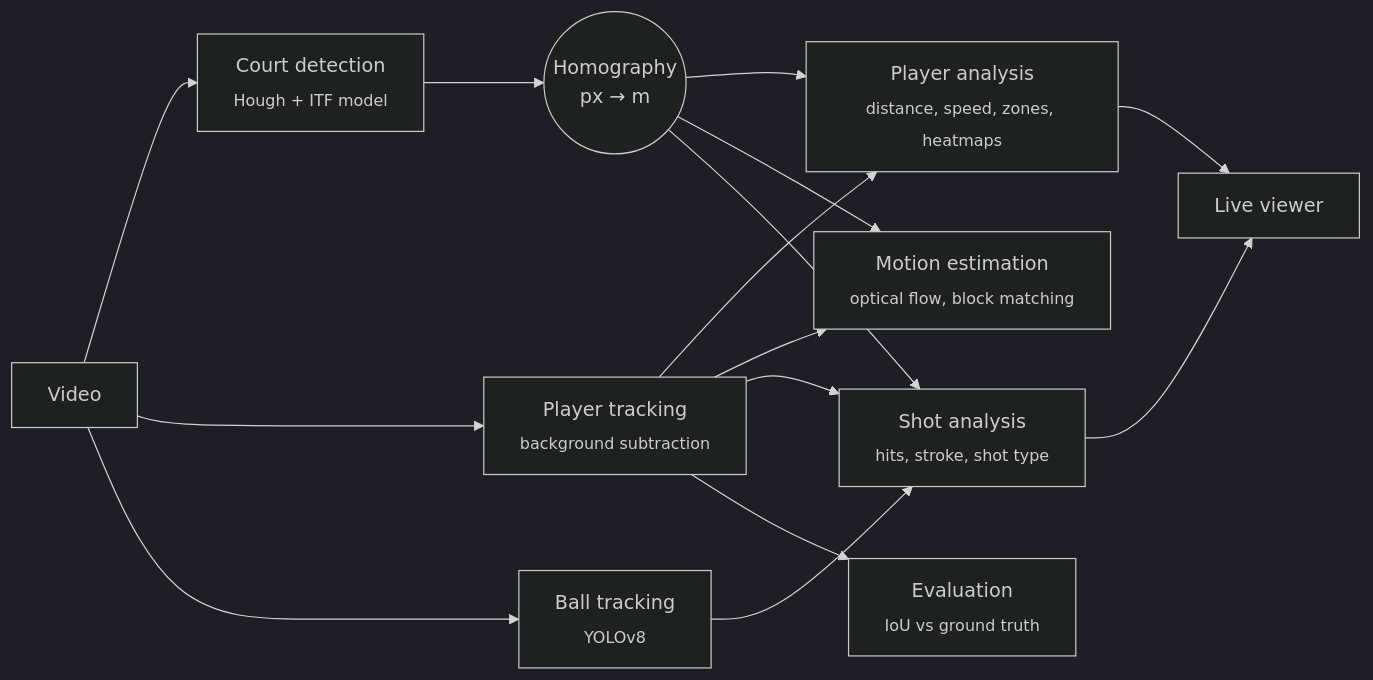
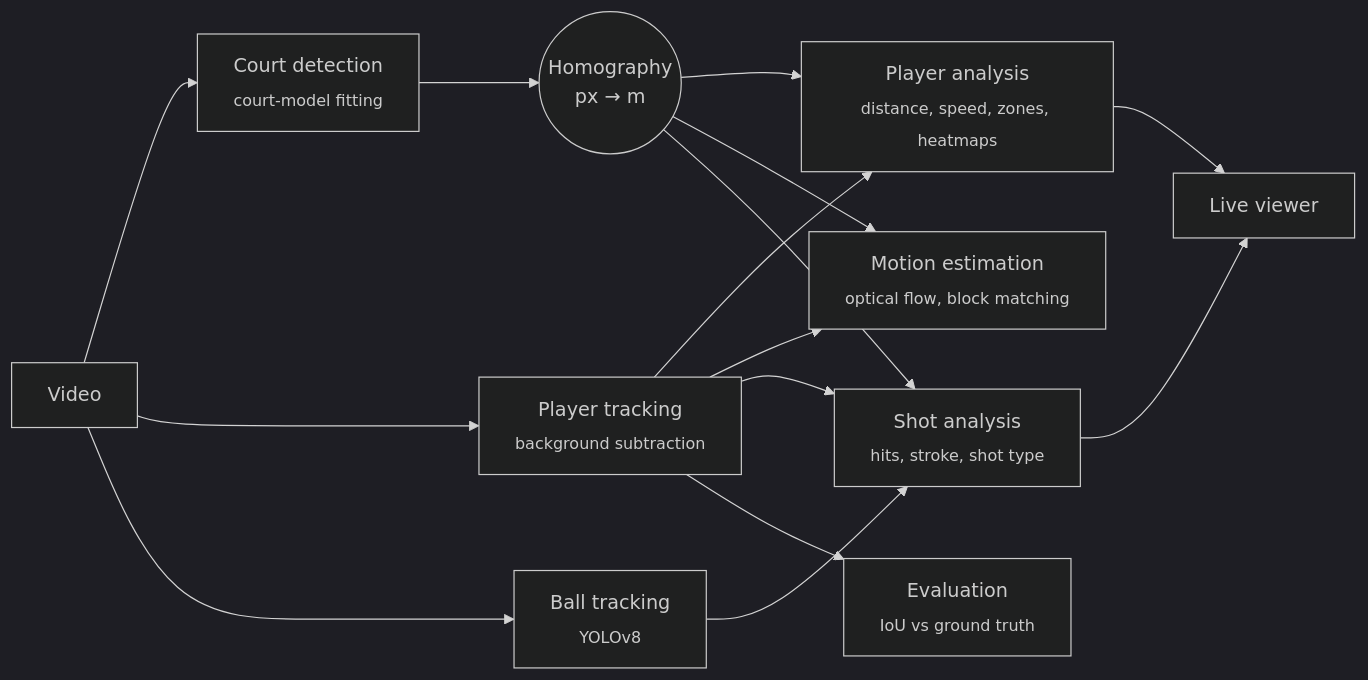
One commit to marcomassa-unitn/tennis_players_tracking changed the diagram in README.md. Above: the diagram before and after it, drawn with Mermaid (dark theme). The commit also changed other lines of this file and 9 other files, not shown here.

First line of the commit message:
Detect the court by fitting the full ITF court model

````diff
--- a/README.md
+++ b/README.md
@@ -78,17 +79,17 @@
 ```mermaid
 flowchart LR
-    V[Video] --> C[Court detection<br/><sub>Hough + ITF model</sub>]
+    V[Video] --> C[Court detection<br/><sub>court-model fitting</sub>]
     V --> P[Player tracking<br/><sub>background subtraction</sub>]
     V --> B[Ball tracking<br/><sub>YOLOv8</sub>]
     C --> H((Homography<br/>px → m))
     H --> PA[Player analysis<br/><sub>distance, speed, zones, heatmaps</sub>]
     P --> PA
     P --> M[Motion estimation<br/><sub>optical flow, block matching</sub>]
     H --> M
     B --> S[Shot analysis<br/><sub>hits, stroke, shot type</sub>]
     P --> S
     H --> S
     P --> E[Evaluation<br/><sub>IoU vs ground truth</sub>]
     PA --> L[Live viewer]
     S --> L
 ```
````
